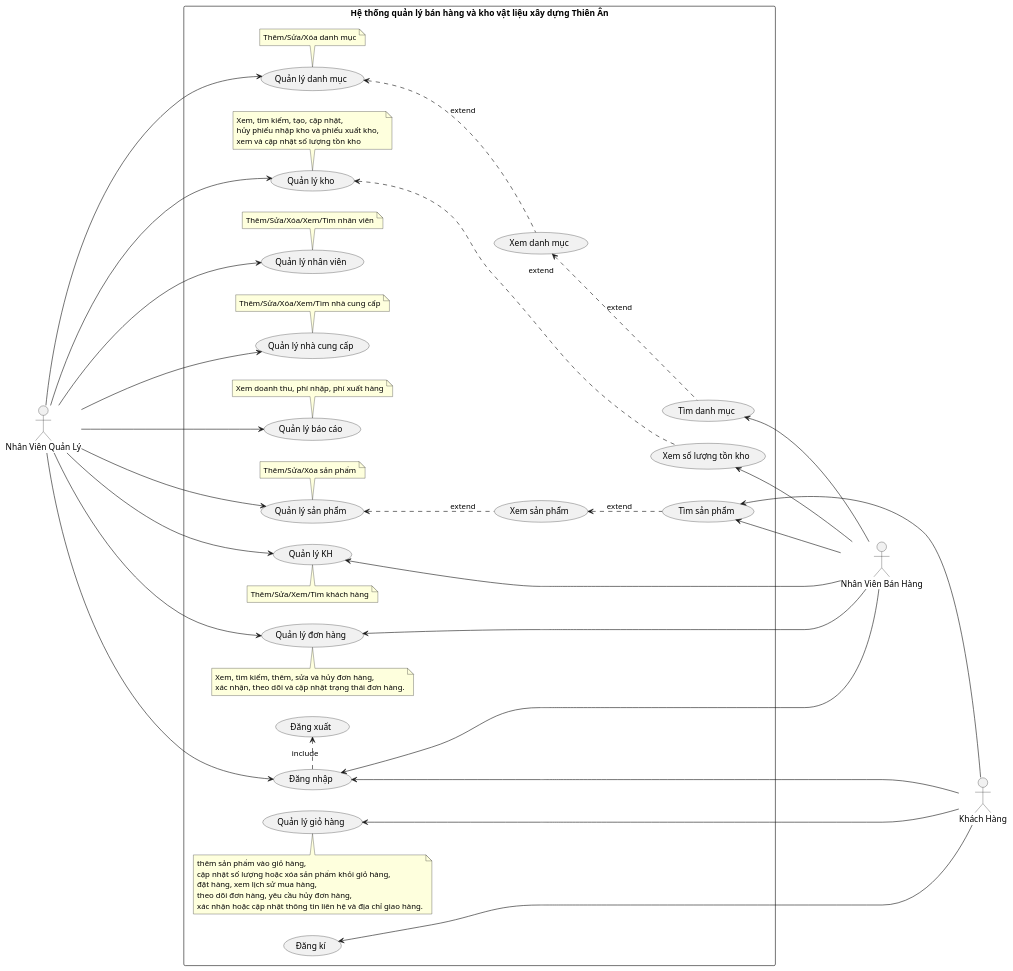
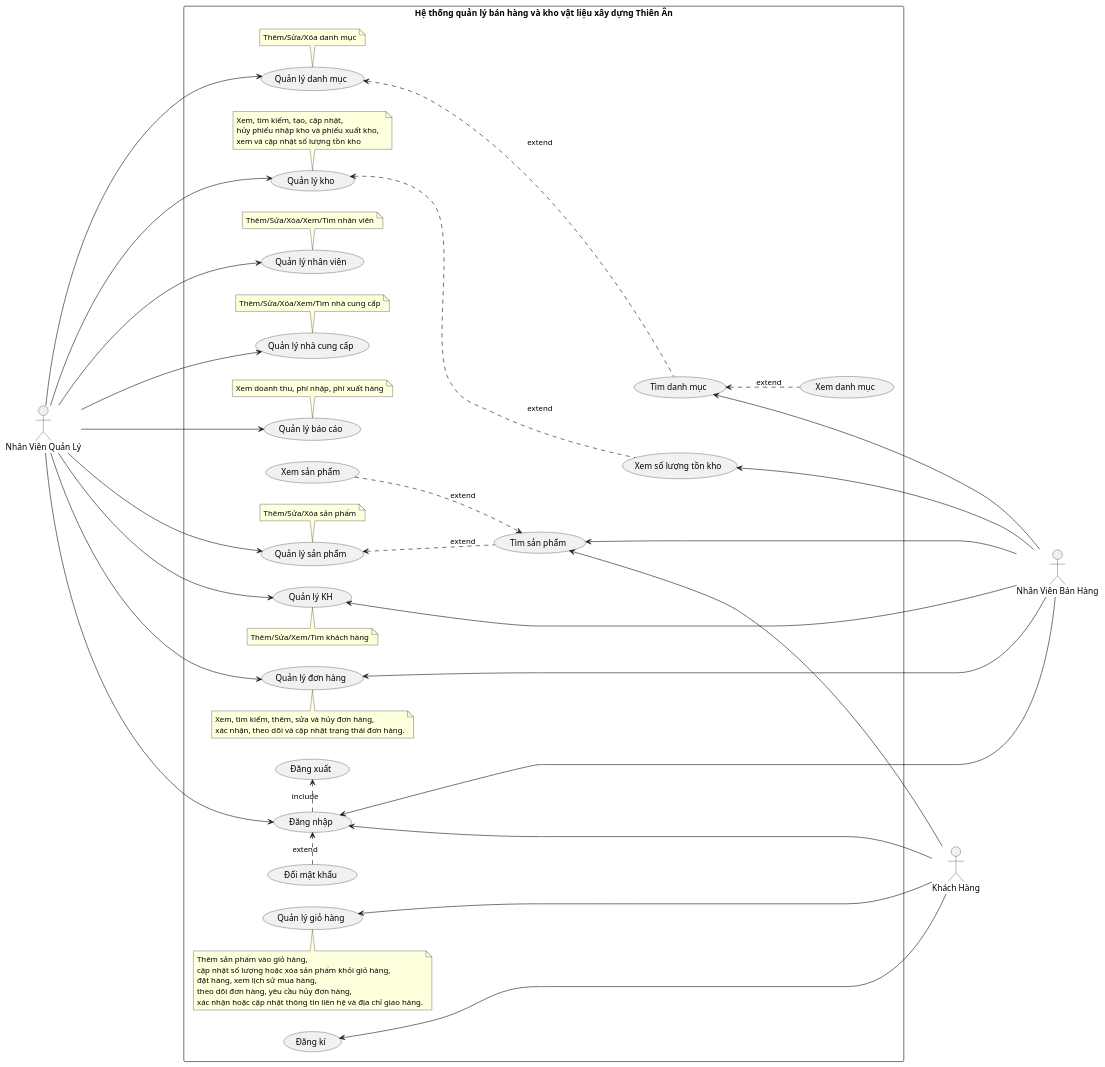
The diagram in assets/plantuml/SinooUC.puml (ThanhdatOris/LAB2211), drawn with PlantUML before and after one commit.

Commit message:
fix SinooUC search

```diff
--- a/assets/plantuml/SinooUC.puml
+++ b/assets/plantuml/SinooUC.puml
@@ -1,147 +1,151 @@
 @startuml SinooUC
 
 skinparam shadowing false
 left to right direction
 
 actor "Khách Hàng" as KH
 actor "Nhân Viên Quản Lý" as NVQL
 actor "Nhân Viên Bán Hàng" as NVBH
 
 rectangle "Hệ thống quản lý bán hàng và kho vật liệu xây dựng Thiên Ân" {
 
 '>>>>>>>>>>>>>>> Khai báo >>>>>>>>>>>>>>>
 'Danh mục sp
 Usecase QLDMSP as "Quản lý danh mục"
 
 note bottom of QLDMSP: Thêm/Sửa/Xóa danh mục
 (Xem danh mục) as XEM_DMSP
 (Tìm danh mục) as TIM_DMSP
 
 'Kho hàng
 Usecase QLKHO as "Quản lý kho"
 note bottom of QLKHO : Xem, tìm kiếm, tạo, cập nhật,  \nhủy phiếu nhập kho và phiếu xuất kho,  \nxem và cập nhật số lượng tồn kho 
 
 (Xem số lượng tồn kho) as XEM_HANG
 
 'Nhân viên
 Usecase QLNV as "Quản lý nhân viên"
 note bottom of QLNV: Thêm/Sửa/Xóa/Xem/Tìm nhân viên
 
 'Nhà cung cấp
 Usecase QLNCC as "Quản lý nhà cung cấp"
 note bottom of QLNCC: Thêm/Sửa/Xóa/Xem/Tìm nhà cung cấp
 ' (Tìm nhà cung cấp) as TIM_NCC
 
 'Báo cáo
 (Quản lý báo cáo) as QLBC
 note bottom of QLBC: Xem doanh thu, phí nhập, phí xuất hàng
 
 'Khách hàng
 (Quản lý KH) as QLKH
 note top of QLKH: Thêm/Sửa/Xem/Tìm khách hàng
 
 'Đơn hàng
 Usecase QLDH as "Quản lý đơn hàng"
 note top of QLDH: Xem, tìm kiếm, thêm, sửa và hủy đơn hàng,  \nxác nhận, theo dõi và cập nhật trạng thái đơn hàng.
 ' (Tìm đơn) as TIM_DH
 ' (Xem đơn) as XEM_DH
 
 'Sản phẩm
 Usecase QLSP as "Quản lý sản phẩm"
 note bottom of QLSP: Thêm/Sửa/Xóa sản phẩm
 (Xem sản phẩm) as XEM_SP
 (Tìm sản phẩm) as TIM_SP
-XEM_SP <.. TIM_SP: extend
+XEM_SP ..> TIM_SP: extend
 
 'Mua hàng
 Usecase QLGH as "Quản lý giỏ hàng"
-note top of QLGH: thêm sản phẩm vào giỏ hàng,  \ncập nhật số lượng hoặc xóa sản phẩm khỏi giỏ hàng,  \nđặt hàng, xem lịch sử mua hàng,  \ntheo dõi đơn hàng, yêu cầu hủy đơn hàng,  \nxác nhận hoặc cập nhật thông tin liên hệ và địa chỉ giao hàng.
+note top of QLGH: Thêm sản phẩm vào giỏ hàng,  \ncập nhật số lượng hoặc xóa sản phẩm khỏi giỏ hàng,  \nđặt hàng, xem lịch sử mua hàng,  \ntheo dõi đơn hàng, yêu cầu hủy đơn hàng,  \nxác nhận hoặc cập nhật thông tin liên hệ và địa chỉ giao hàng.
 
 ' (Theo dõi đơn hàng) as THEO_DOI_HANG
 ' (Xem lịch sử mua hàng) as XEM_LSMH
 
 'Đăng nhập, đăng xuất
 (Đăng xuất) as Logout
 (Đăng nhập) as Login
 (Đăng kí) as SignUp
- Login  .>  Logout: include
+(Đổi mật khẩu) as ChangePass
+
+Login  .>  Logout: include
+ChangePass .> Login : extend
 
 '>>>>>>>>>>>>>>> Gán đối tượng >>>>>>>>>>>>>>
 '----------- Nhân Viên Quản lý -----------
 NVQL --> QLSP
 NVQL ----> QLDMSP
 NVQL --> QLKHO
 NVQL --> QLNV
 NVQL --> QLNCC
 NVQL --> QLBC
 NVQL --> QLKH 
 NVQL --> QLDH 
 
 'Tài khoản
 NVQL --> Login
 
 'Sản phẩm
-QLSP <.. XEM_SP: extend
+QLSP <.. TIM_SP: extend
 ' QLSP <.. TIM_SP: extend
 
 'Danh mục sp
-QLDMSP <.. XEM_DMSP: extend
+' QLDMSP <.. XEM_DMSP: extend
+QLDMSP <... TIM_DMSP: extend
 ' QLDMSP <.. XEM_DMSP: extend
 ' TIM_DMSP <.. XEM_DMSP: extend
-XEM_DMSP <.. TIM_DMSP: extend
+ TIM_DMSP <.. XEM_DMSP: extend
 
 'Kho hàng
 QLKHO <... XEM_HANG: extend
 
 'Nhân viên
 
 'Nhà cung cấp
 ' QLNCC <.. TIM_NCC: extend
 
 'Báo cáo
 
 'Khách hàng
 
 'Đơn hàng
 
 
 '----------- Nhân Viên Bán Hàng -----------
 QLDH <- NVBH
 QLKH <-- NVBH
 
 'Tài khoản
 Login <-- NVBH
 
 'Kho
 XEM_HANG <--- NVBH
 
 'Danh mục
-TIM_DMSP <-- NVBH
+TIM_DMSP <---- NVBH
 
 'Đơn hàng
 ' TIM_DH ..> QLDH: extend
 ' XEM_DH ..> QLDH: extend
 
 'Khách hàng
 ' XEM_LSMH ..> QLKH: extend
 
 'Sản phẩm
 TIM_SP <-- NVBH
 
 '----------- Khách Hàng -----------
 QLGH <-- KH
 
 'Tài khoản
 SignUp <- KH
 Login <-- KH
 
 'Mua hàng
 ' THEO_DOI_HANG .> QLGH: extend
 ' XEM_LSMH ..> QLGH: extend
 
 'Sản phẩm
 TIM_SP <---- KH
 
 }
 
 @enduml
```
